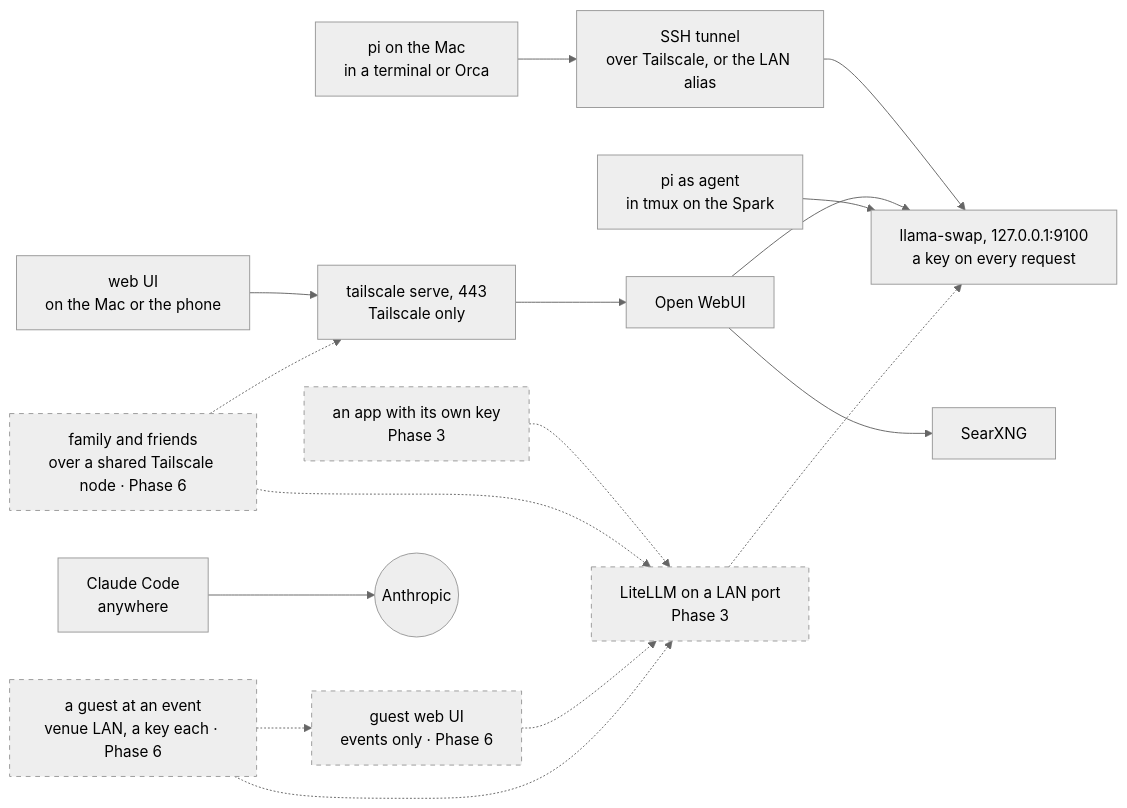
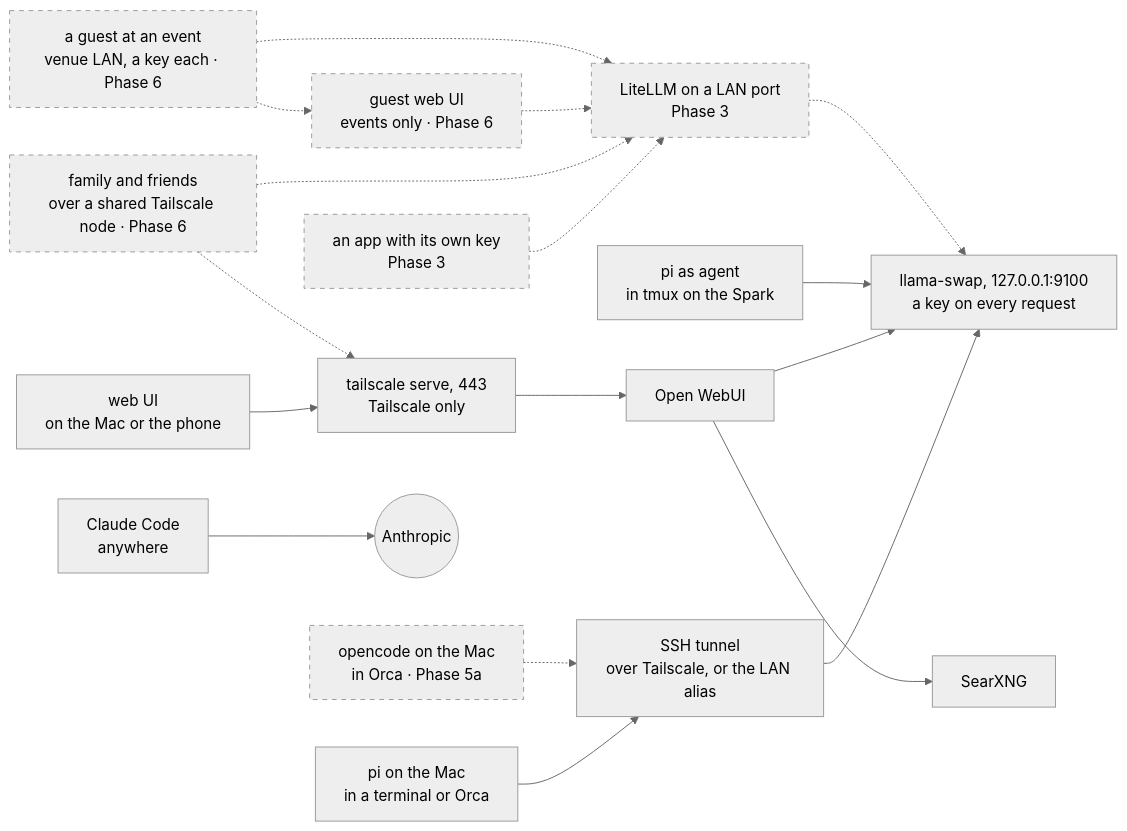
One commit to chendaniely/local-ai changed the second of 4 diagrams in website/architecture.qmd. Above: the diagram before and after it, drawn with Mermaid (neutral theme). The commit also changed other lines of this file and 10 other files, not shown here.

````diff
--- a/website/architecture.qmd
+++ b/website/architecture.qmd
@@ -96,32 +104,34 @@
 ```{mermaid}
 flowchart LR
   classDef planned stroke-dasharray: 5 5
 
   piT["pi on the Mac<br/>in a terminal or Orca"]
   ui["web UI<br/>on the Mac or the phone"]
   piA["pi as agent<br/>in tmux on the Spark"]
+  ocT["opencode on the Mac<br/>in Orca · Phase 5a"]:::planned
   cc["Claude Code<br/>anywhere"]
   app["an app with its own key<br/>Phase 3"]:::planned
   fam["family and friends<br/>over a shared Tailscale node · Phase 6"]:::planned
   guest["a guest at an event<br/>venue LAN, a key each · Phase 6"]:::planned
 
   tunnel["SSH tunnel<br/>over Tailscale, or the LAN alias"]
   guestui["guest web UI<br/>events only · Phase 6"]:::planned
   serve["tailscale serve, 443<br/>Tailscale only"]
   owui["Open WebUI"]
   searx["SearXNG"]
   swap["llama-swap, 127.0.0.1:9100<br/>a key on every request"]
   litellm["LiteLLM on a LAN port<br/>Phase 3"]:::planned
   anthropic(("Anthropic"))
 
   piT --> tunnel --> swap
+  ocT -.-> tunnel
   ui --> serve --> owui --> swap
   owui --> searx
   piA --> swap
   cc --> anthropic
   app -.-> litellm -.-> swap
   fam -.-> serve
   fam -.-> litellm
   guest -.-> guestui -.-> litellm
   guest -.-> litellm
 ```
````
